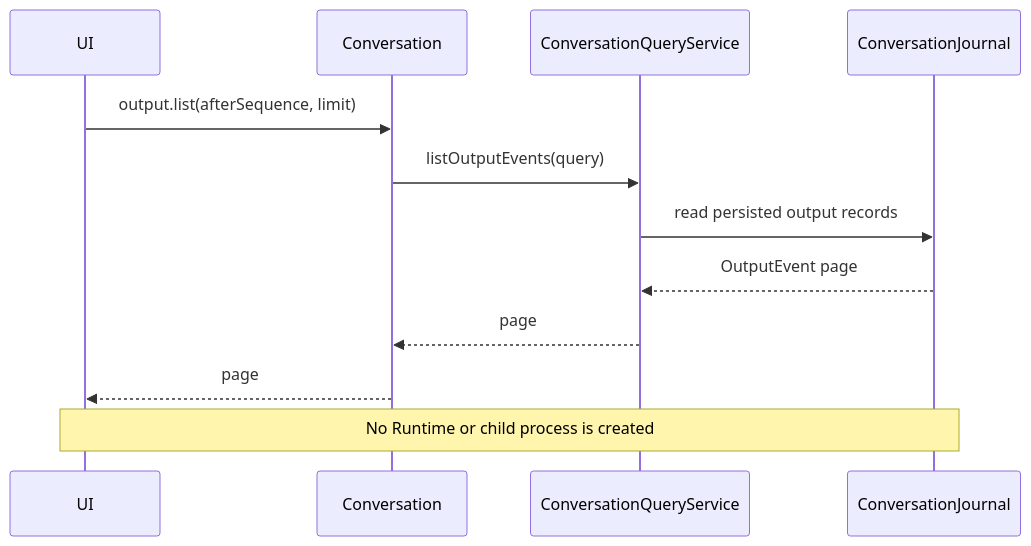
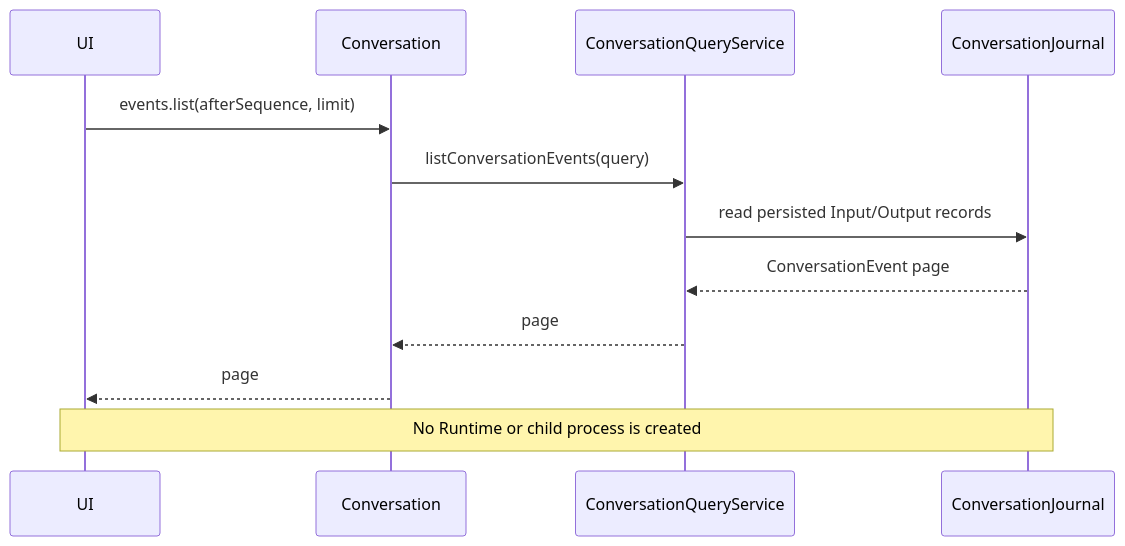
Before and after one commit to fanghuarunbalala/nova-writing: diagram 11 of 26 in docs/architecture.md, drawn with Mermaid. The commit also changed other lines of this file and 22 other files, not shown here.

````diff
--- a/docs/architecture.md
+++ b/docs/architecture.md
@@ -636,16 +693,16 @@
 ```mermaid
 sequenceDiagram
     participant UI
     participant Conversation
     participant Query as ConversationQueryService
     participant Journal as ConversationJournal
 
-    UI->>Conversation: output.list(afterSequence, limit)
-    Conversation->>Query: listOutputEvents(query)
-    Query->>Journal: read persisted output records
-    Journal-->>Query: OutputEvent page
+    UI->>Conversation: events.list(afterSequence, limit)
+    Conversation->>Query: listConversationEvents(query)
+    Query->>Journal: read persisted Input/Output records
+    Journal-->>Query: ConversationEvent page
     Query-->>Conversation: page
     Conversation-->>UI: page
 
     Note over UI,Journal: No Runtime or child process is created
 ```
````
